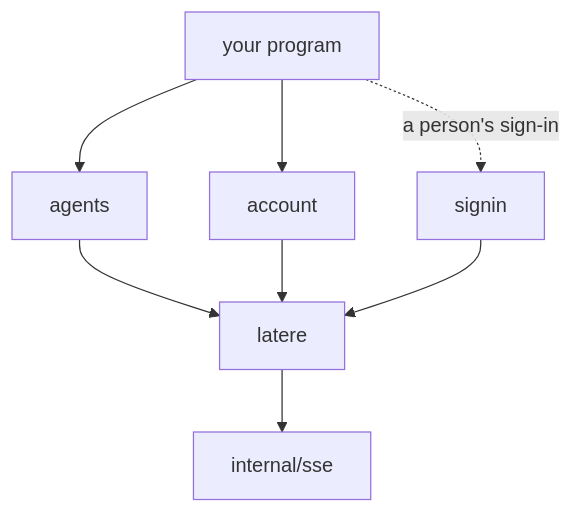
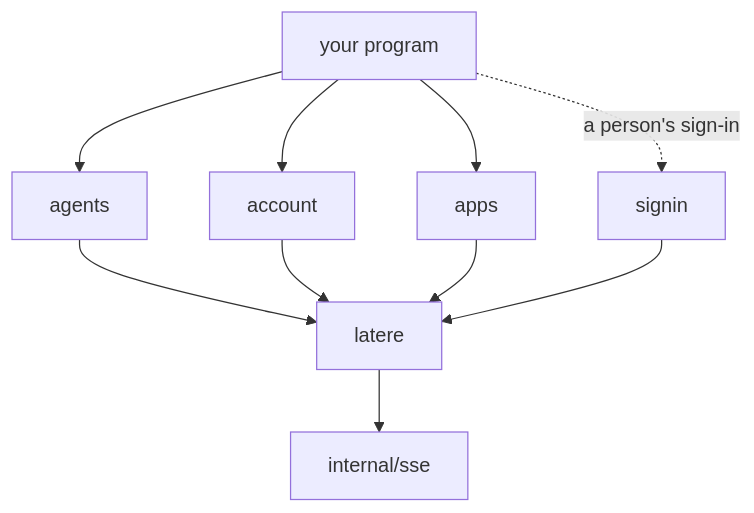
One commit to latere-ai/sdk-go changed the diagram in docs/design.md. Above: the diagram before and after it, drawn with Mermaid. The commit also changed other lines of this file and 4 other files, not shown here.

````diff
--- a/docs/design.md
+++ b/docs/design.md
@@ -23,10 +23,12 @@
 ```mermaid
 flowchart TD
     agents --> latere
     account --> latere
+    apps --> latere
     signin --> latere
     latere --> sse[internal/sse]
     app[your program] --> agents
     app --> account
+    app --> apps
     app -. a person's sign-in .-> signin
 ```
````
